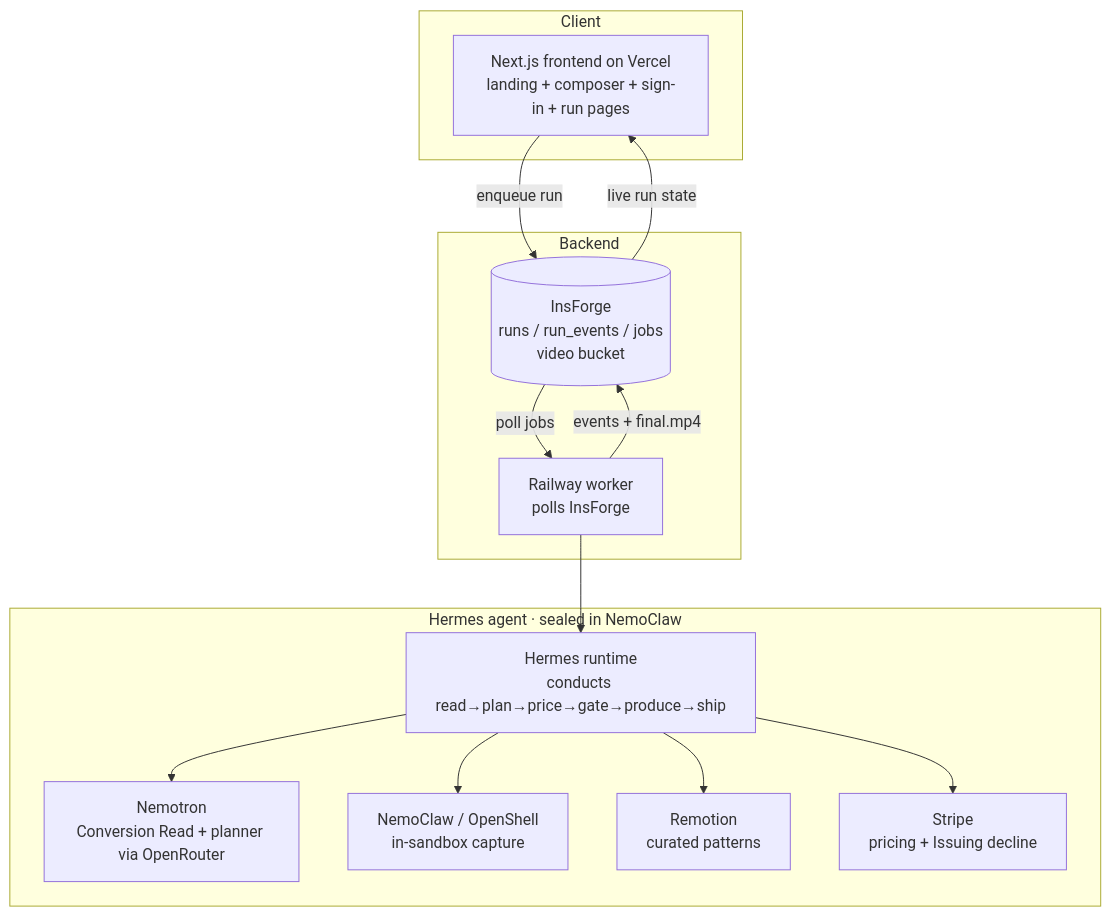
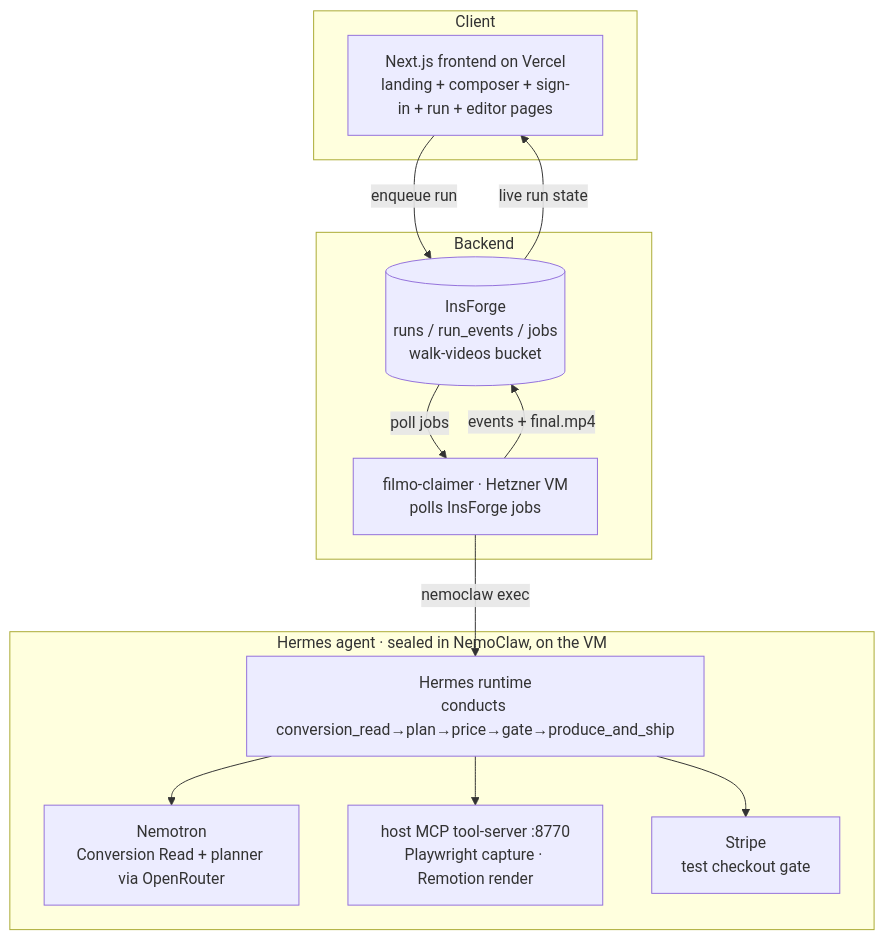
One commit to denniswanglabs/filmo changed the second of 2 diagrams in README.md. Above: the diagram before and after it, drawn with Mermaid. The commit also changed other lines of this file, not shown here.

````diff
--- a/README.md
+++ b/README.md
@@ -89,27 +89,25 @@
 ```mermaid
 flowchart TD
     subgraph Client
-        FE[Next.js frontend on Vercel<br/>landing + composer + sign-in + run pages]
+        FE[Next.js frontend on Vercel<br/>landing + composer + sign-in + run + editor pages]
     end
     subgraph Backend
-        IF[(InsForge<br/>runs / run_events / jobs<br/>video bucket)]
-        WK[Railway worker<br/>polls InsForge]
+        IF[(InsForge<br/>runs / run_events / jobs<br/>walk-videos bucket)]
+        WK[filmo-claimer · Hetzner VM<br/>polls InsForge jobs]
     end
-    subgraph Agent[Hermes agent · sealed in NemoClaw]
-        HM[Hermes runtime<br/>conducts read→plan→price→gate→produce→ship]
+    subgraph Agent[Hermes agent · sealed in NemoClaw, on the VM]
+        HM[Hermes runtime<br/>conducts conversion_read→plan→price→gate→produce_and_ship]
         BR[Nemotron<br/>Conversion Read + planner via OpenRouter]
-        NC[NemoClaw / OpenShell<br/>in-sandbox capture]
-        RM[Remotion<br/>curated patterns]
-        ST[Stripe<br/>pricing + Issuing decline]
+        TS[host MCP tool-server :8770<br/>Playwright capture · Remotion render]
+        ST[Stripe<br/>test checkout gate]
     end
 
     FE -->|enqueue run| IF
     IF -->|poll jobs| WK
-    WK --> HM
+    WK -->|nemoclaw exec| HM
     HM --> BR
-    HM --> NC
+    HM --> TS
     HM --> ST
-    HM --> RM
     WK -->|events + final.mp4| IF
     IF -->|live run state| FE
 ```
````
